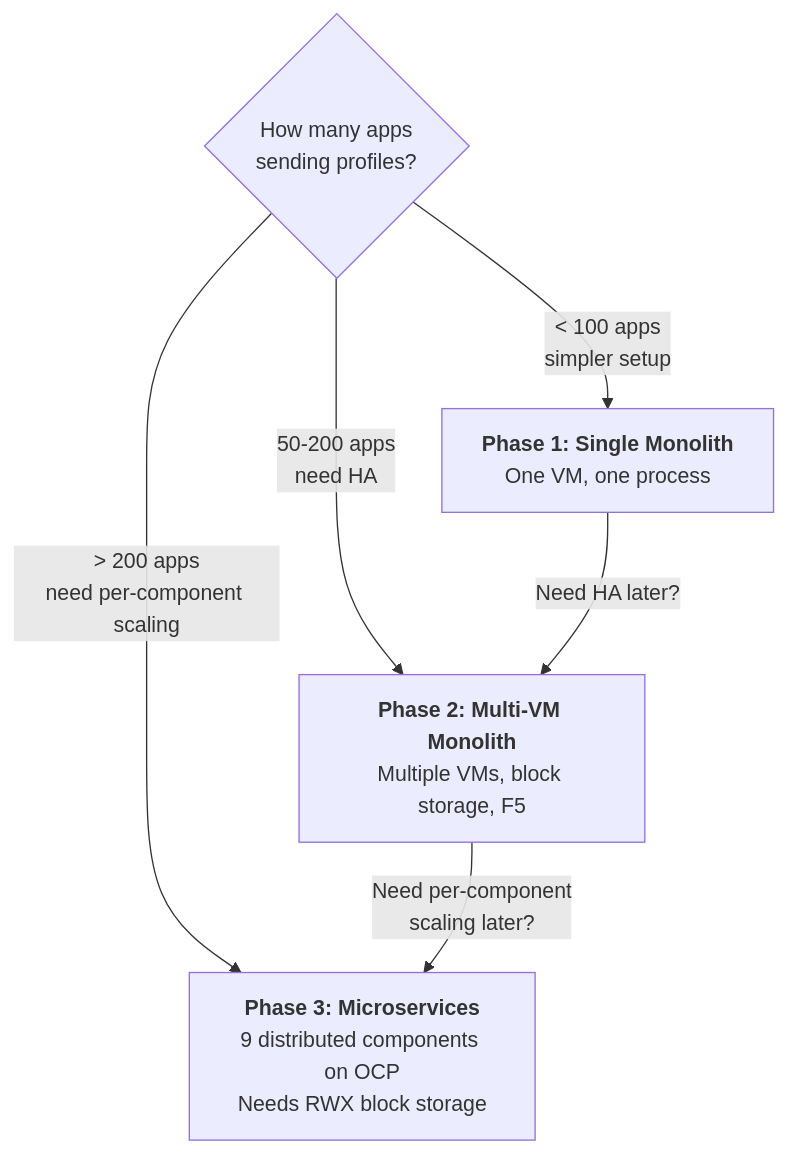
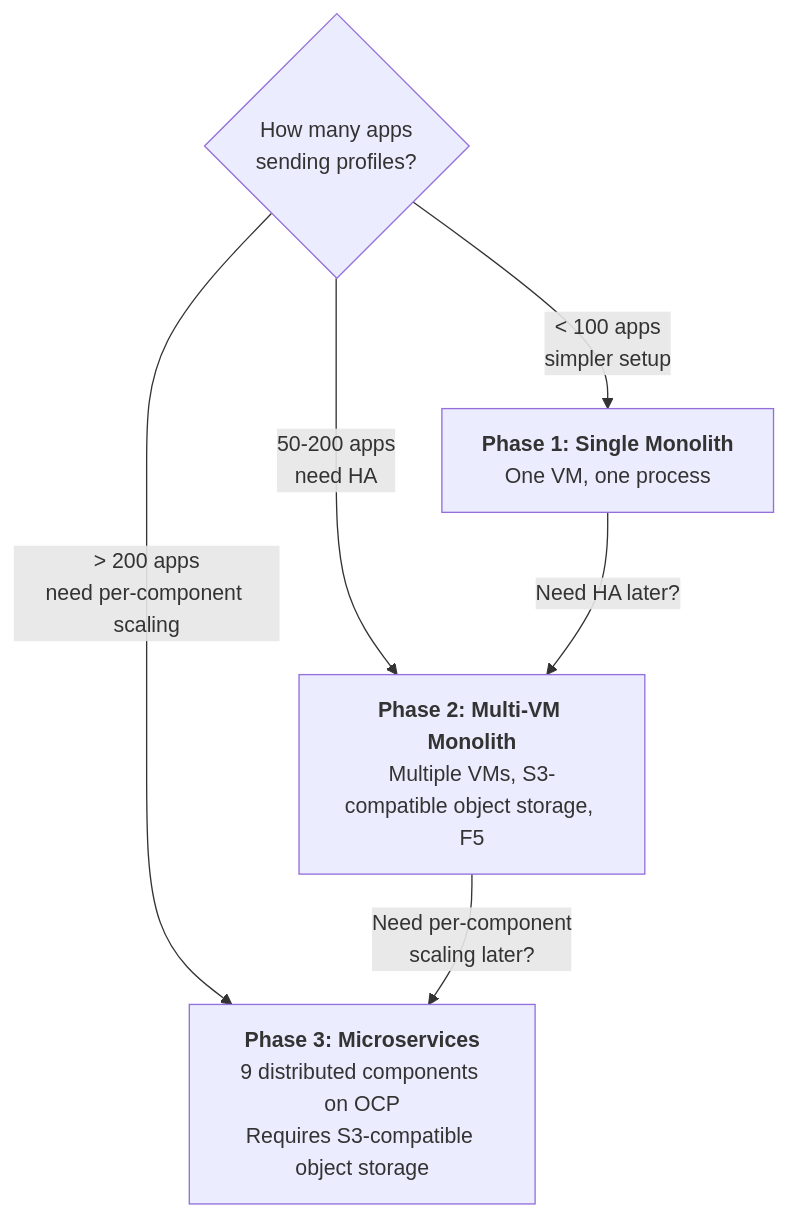
One commit to aff0gat000/pyroscope changed the second of 15 diagrams in docs/deployment-guide.md. Above: the diagram before and after it, drawn with Mermaid. The commit also changed other lines of this file and 26 other files, not shown here.

First line of the commit message:
Replace block storage with S3-compatible object storage across all docs and configs

````diff
--- a/docs/deployment-guide.md
+++ b/docs/deployment-guide.md
@@ -45,9 +45,9 @@
 ```mermaid
 graph TD
     A{How many apps<br/>sending profiles?} -->|"< 100 apps<br/>simpler setup"| B["<b>Phase 1: Single Monolith</b><br/>One VM, one process"]
-    A -->|"50-200 apps<br/>need HA"| D["<b>Phase 2: Multi-VM Monolith</b><br/>Multiple VMs, block storage, F5"]
-    A -->|"> 200 apps<br/>need per-component scaling"| C["<b>Phase 3: Microservices</b><br/>9 distributed components on OCP<br/>Needs RWX block storage"]
+    A -->|"50-200 apps<br/>need HA"| D["<b>Phase 2: Multi-VM Monolith</b><br/>Multiple VMs, S3-compatible object storage, F5"]
+    A -->|"> 200 apps<br/>need per-component scaling"| C["<b>Phase 3: Microservices</b><br/>9 distributed components on OCP<br/>Requires S3-compatible object storage"]
 
     B -->|"Need HA later?"| D
     D -->|"Need per-component<br/>scaling later?"| C
 ```
````
